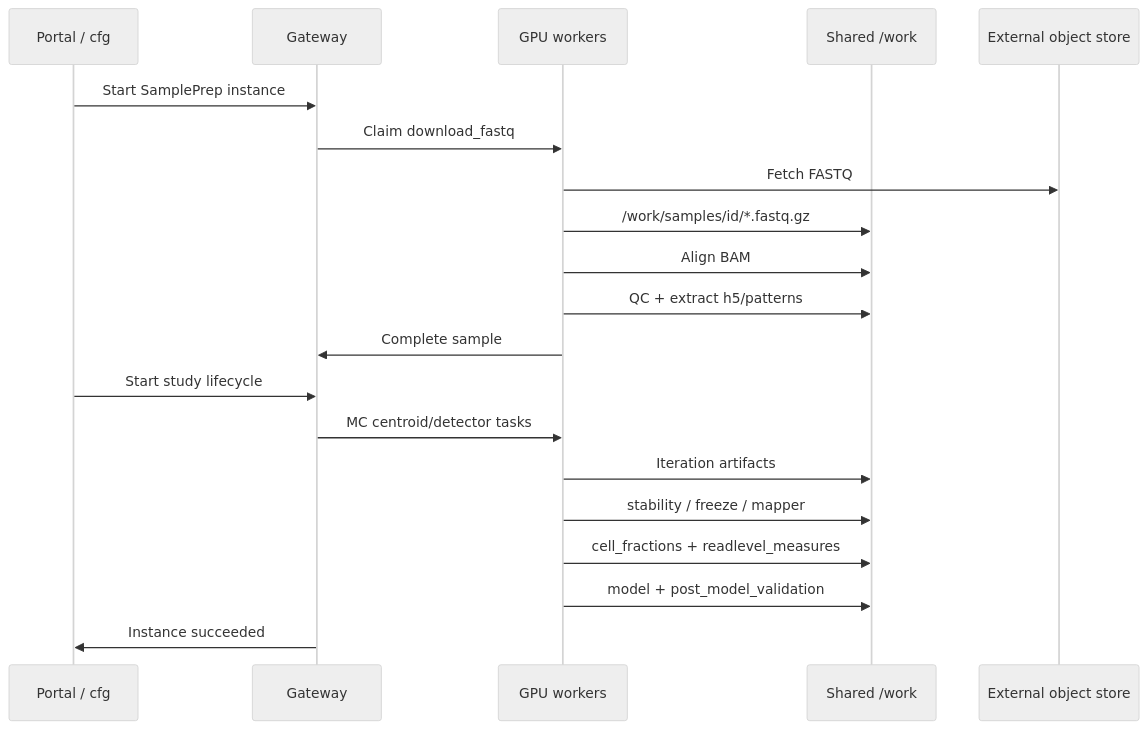
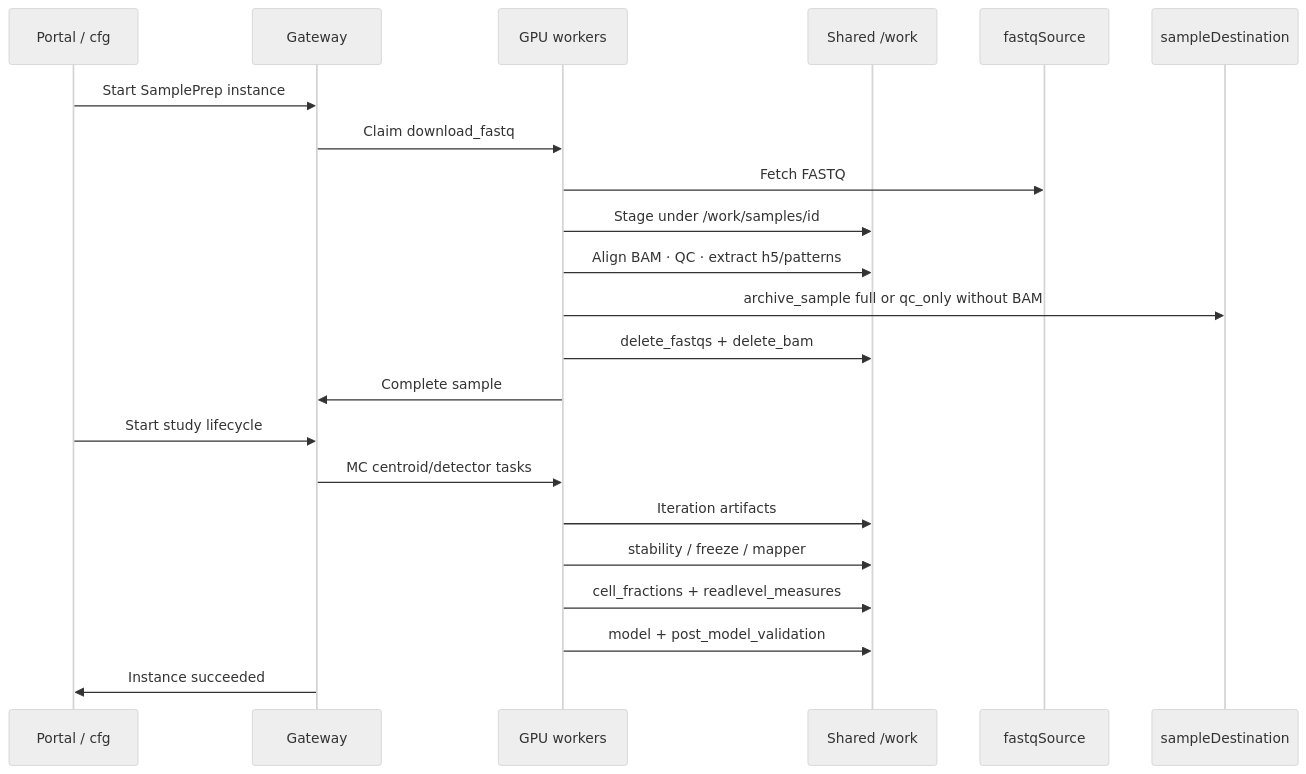
One commit to Goliath-Research/GoliathWorkflow changed diagram 18 of 18 in docs/architecture/end-to-end-workflow.md. Above: the diagram before and after it, drawn with Mermaid (neutral theme). The commit also changed other lines of this file, not shown here.

````diff
--- a/docs/architecture/end-to-end-workflow.md
+++ b/docs/architecture/end-to-end-workflow.md
@@ -325,23 +366,25 @@
 ```mermaid
 sequenceDiagram
   participant Portal as Portal / cfg
   participant GW as Gateway
   participant W as GPU workers
   participant Stor as Shared /work
-  participant Ext as External object store
+  participant Src as fastqSource
+  participant Dst as sampleDestination
 
   Portal->>GW: Start SamplePrep instance
   GW->>W: Claim download_fastq
-  W->>Ext: Fetch FASTQ
-  W->>Stor: /work/samples/id/*.fastq.gz
-  W->>Stor: Align BAM
-  W->>Stor: QC + extract h5/patterns
+  W->>Src: Fetch FASTQ
+  W->>Stor: Stage under /work/samples/id
+  W->>Stor: Align BAM · QC · extract h5/patterns
+  W->>Dst: archive_sample full or qc_only without BAM
+  W->>Stor: delete_fastqs + delete_bam
   W->>GW: Complete sample
   Portal->>GW: Start study lifecycle
   GW->>W: MC centroid/detector tasks
   W->>Stor: Iteration artifacts
   W->>Stor: stability / freeze / mapper
   W->>Stor: cell_fractions + readlevel_measures
   W->>Stor: model + post_model_validation
   GW->>Portal: Instance succeeded
 ```
````
